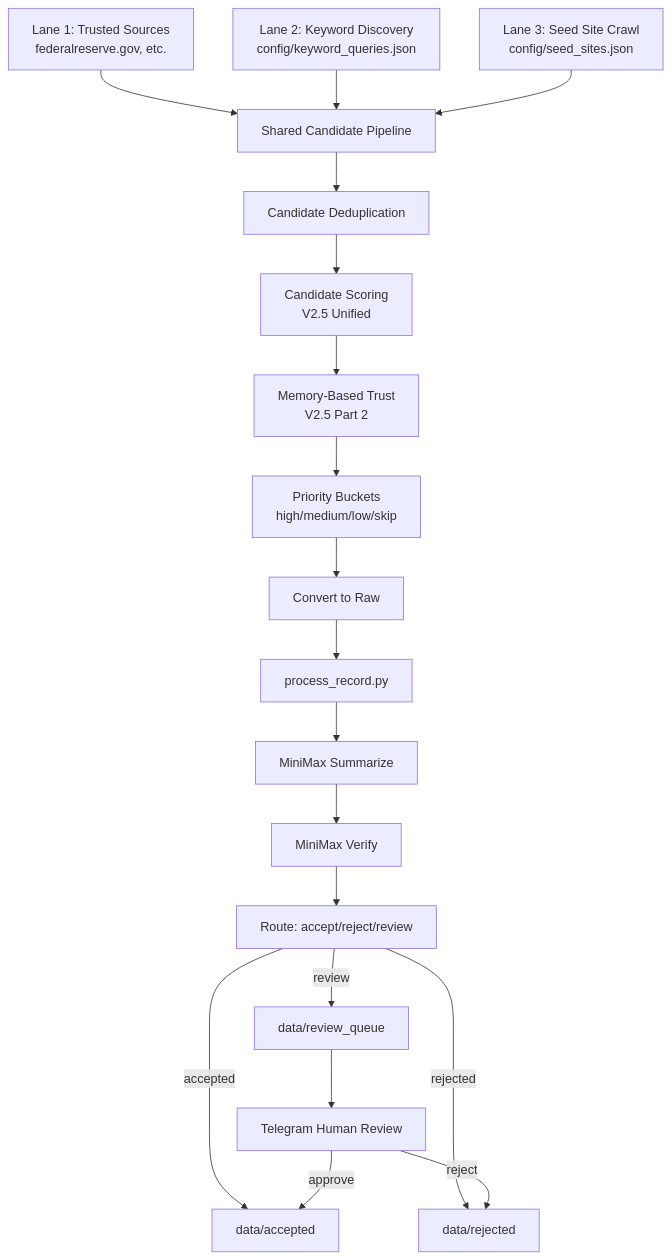
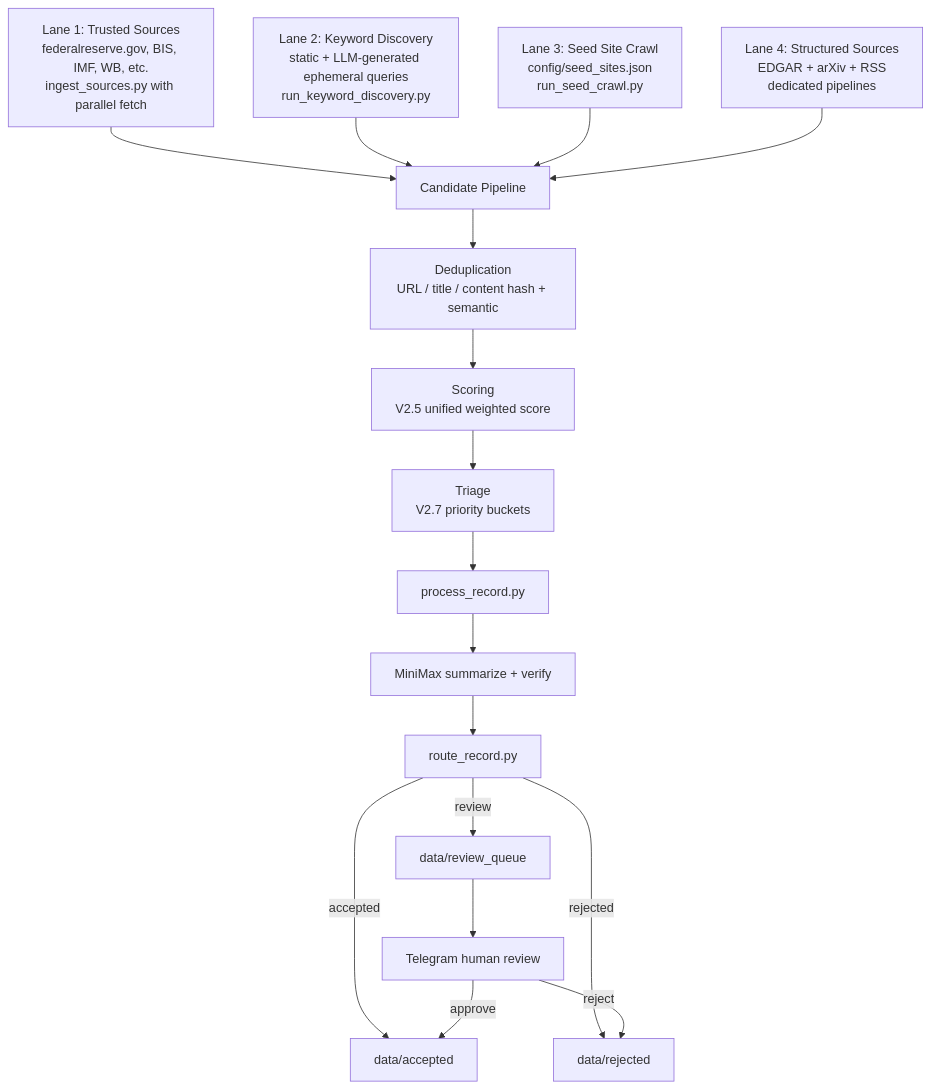
Before and after one commit to RishiJain905/Finance-Research-Archive: the ninth of 16 diagrams in README.md, drawn with Mermaid. The commit also changed other lines of this file, not shown here.

First line of the commit message:
docs: update README for all 10 V3 phases complete with new mermaid diagrams

````diff
--- a/README.md
+++ b/README.md
@@ -476,24 +430,22 @@
 ```mermaid
 flowchart TD
-    A[Lane 1: Trusted Sources<br/>federalreserve.gov, etc.] --> X[Shared Candidate Pipeline]
-    B[Lane 2: Keyword Discovery<br/>config/keyword_queries.json] --> X
-    C[Lane 3: Seed Site Crawl<br/>config/seed_sites.json] --> X
-    
-    X --> D[Candidate Deduplication]
-    D --> E[Candidate Scoring<br/>V2.5 Unified]
-    E --> F[Memory-Based Trust<br/>V2.5 Part 2]
-    F --> G[Priority Buckets<br/>high/medium/low/skip]
-    G --> H[Convert to Raw]
-    H --> I[process_record.py]
-    I --> J[MiniMax Summarize]
-    J --> K[MiniMax Verify]
-    K --> L[Route: accept/reject/review]
-    
-    L -->|accepted| M[data/accepted]
-    L -->|rejected| N[data/rejected]
-    L -->|review| O[data/review_queue]
-    
-    O --> P[Telegram Human Review]
-    P -->|approve| M
-    P -->|reject| N
+    L1[Lane 1: Trusted Sources<br/>federalreserve.gov, BIS, IMF, WB, etc.<br/>ingest_sources.py with parallel fetch] --> CAND[Candidate Pipeline]
+    L2[Lane 2: Keyword Discovery<br/>static + LLM-generated ephemeral queries<br/>run_keyword_discovery.py] --> CAND
+    L3[Lane 3: Seed Site Crawl<br/>config/seed_sites.json<br/>run_seed_crawl.py] --> CAND
+    L4[Lane 4: Structured Sources<br/>EDGAR + arXiv + RSS<br/>dedicated pipelines] --> CAND
+
+    CAND --> DEDUP[Deduplication<br/>URL / title / content hash + semantic]
+    DEDUP --> SCORE[Scoring<br/>V2.5 unified weighted score]
+    SCORE --> TRIAGE[Triage<br/>V2.7 priority buckets]
+    TRIAGE --> PR[process_record.py]
+    PR --> MMS[MiniMax summarize + verify]
+    MMS --> ROUTE[route_record.py]
+
+    ROUTE -->|accepted| ACC[data/accepted]
+    ROUTE -->|rejected| REJ[data/rejected]
+    ROUTE -->|review| RQ[data/review_queue]
+
+    RQ --> TG[Telegram human review]
+    TG -->|approve| ACC
+    TG -->|reject| REJ
 ```
````
